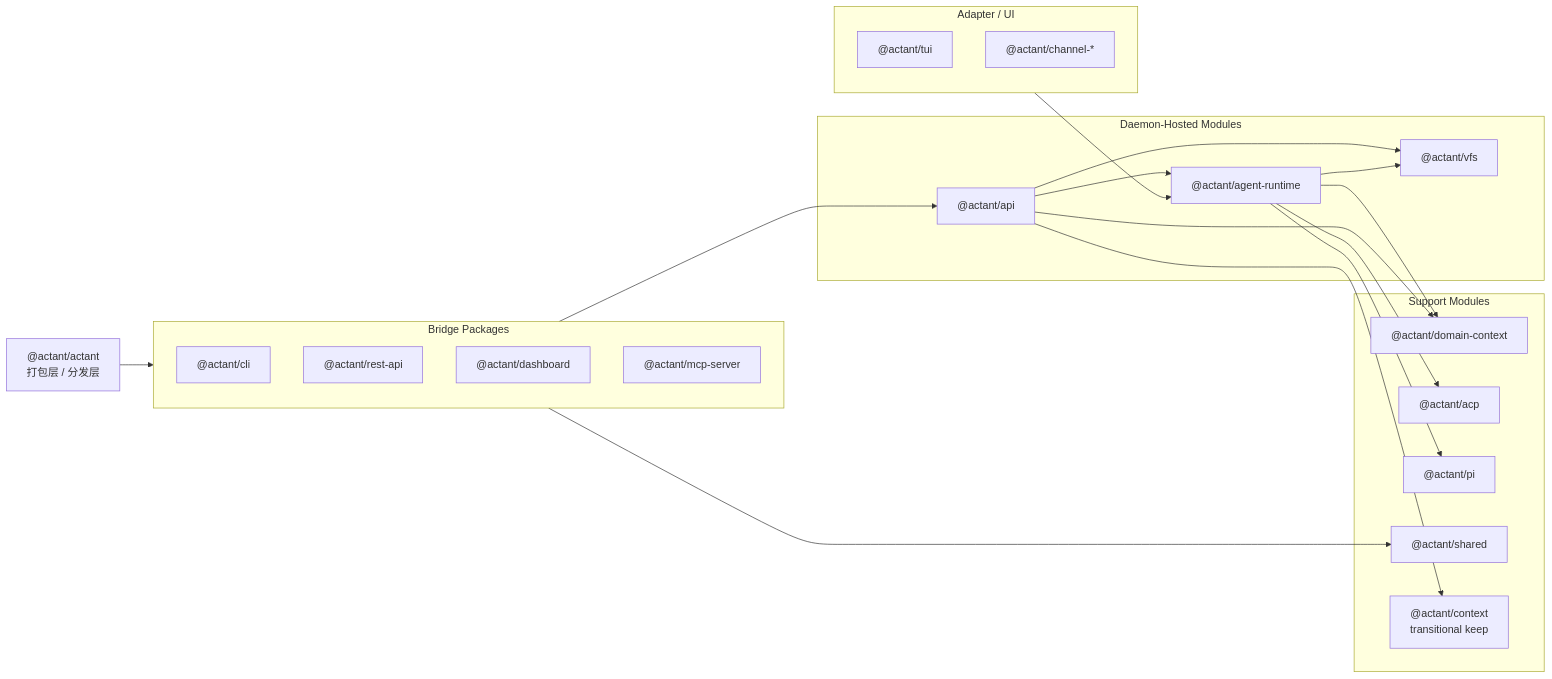
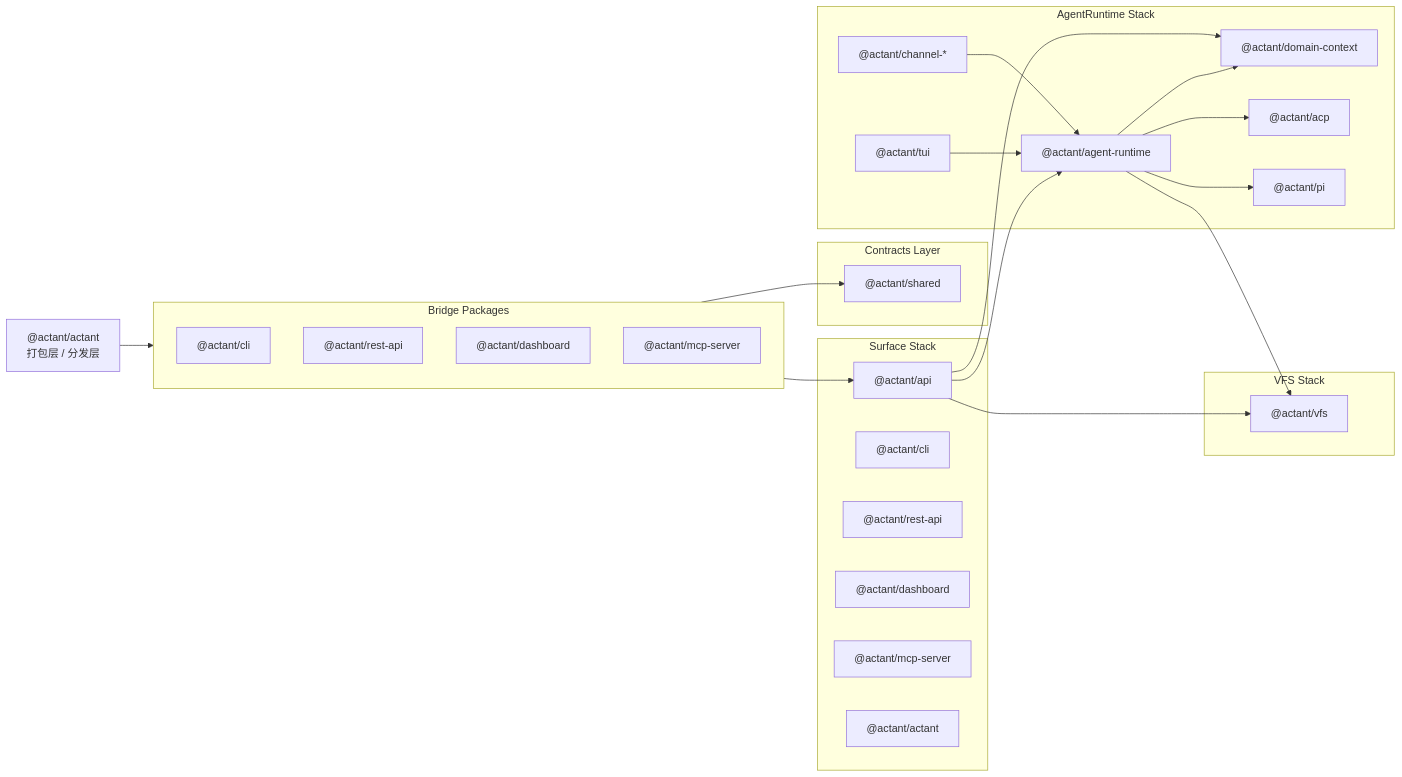
The second of 2 diagrams in .trellis/spec/index.md (blackplume233/Actant), drawn with Mermaid before and after one commit. The commit also changed other lines of this file and 249 other files, not shown here.

````diff
--- a/.trellis/spec/index.md
+++ b/.trellis/spec/index.md
@@ -77,45 +81,51 @@
 ```mermaid
 flowchart LR
     ACTANT["@actant/actant
 打包层 / 分发层"]
 
     subgraph BRIDGE["Bridge Packages"]
       CLI["@actant/cli"]
       REST["@actant/rest-api"]
       DASH["@actant/dashboard"]
       MCP["@actant/mcp-server"]
     end
 
-    subgraph HOST["Daemon-Hosted Modules"]
+    subgraph SURFACE["Surface Stack"]
       API["@actant/api"]
-      RUNTIME["@actant/agent-runtime"]
+      CLI2["@actant/cli"]
+      REST2["@actant/rest-api"]
+      DASH2["@actant/dashboard"]
+      MCP2["@actant/mcp-server"]
+      APP["@actant/actant"]
+    end
+
+    subgraph CONTRACTS["Contracts Layer"]
+      SHARED["@actant/shared"]
+    end
+
+    subgraph VFSSTACK["VFS Stack"]
       VFS["@actant/vfs"]
     end
 
-    subgraph SUPPORT["Support Modules"]
+    subgraph RUNTIME["AgentRuntime Stack"]
       DC["@actant/domain-context"]
+      AR["@actant/agent-runtime"]
       ACP["@actant/acp"]
       PI["@actant/pi"]
-      SHARED["@actant/shared"]
-      CTX["@actant/context
-transitional keep"]
-    end
-
-    subgraph EDGE["Adapter / UI"]
       TUI["@actant/tui"]
       CHAN["@actant/channel-*"]
     end
 
     ACTANT --> BRIDGE
     BRIDGE --> API
-    API --> RUNTIME
     API --> VFS
-    RUNTIME --> VFS
-    RUNTIME --> DC
-    RUNTIME --> ACP
-    RUNTIME --> PI
+    API --> AR
+    AR --> VFS
+    AR --> DC
+    AR --> ACP
+    AR --> PI
     API --> DC
-    API --> CTX
     BRIDGE --> SHARED
-    EDGE --> RUNTIME
+    TUI --> AR
+    CHAN --> AR
 ```
````
